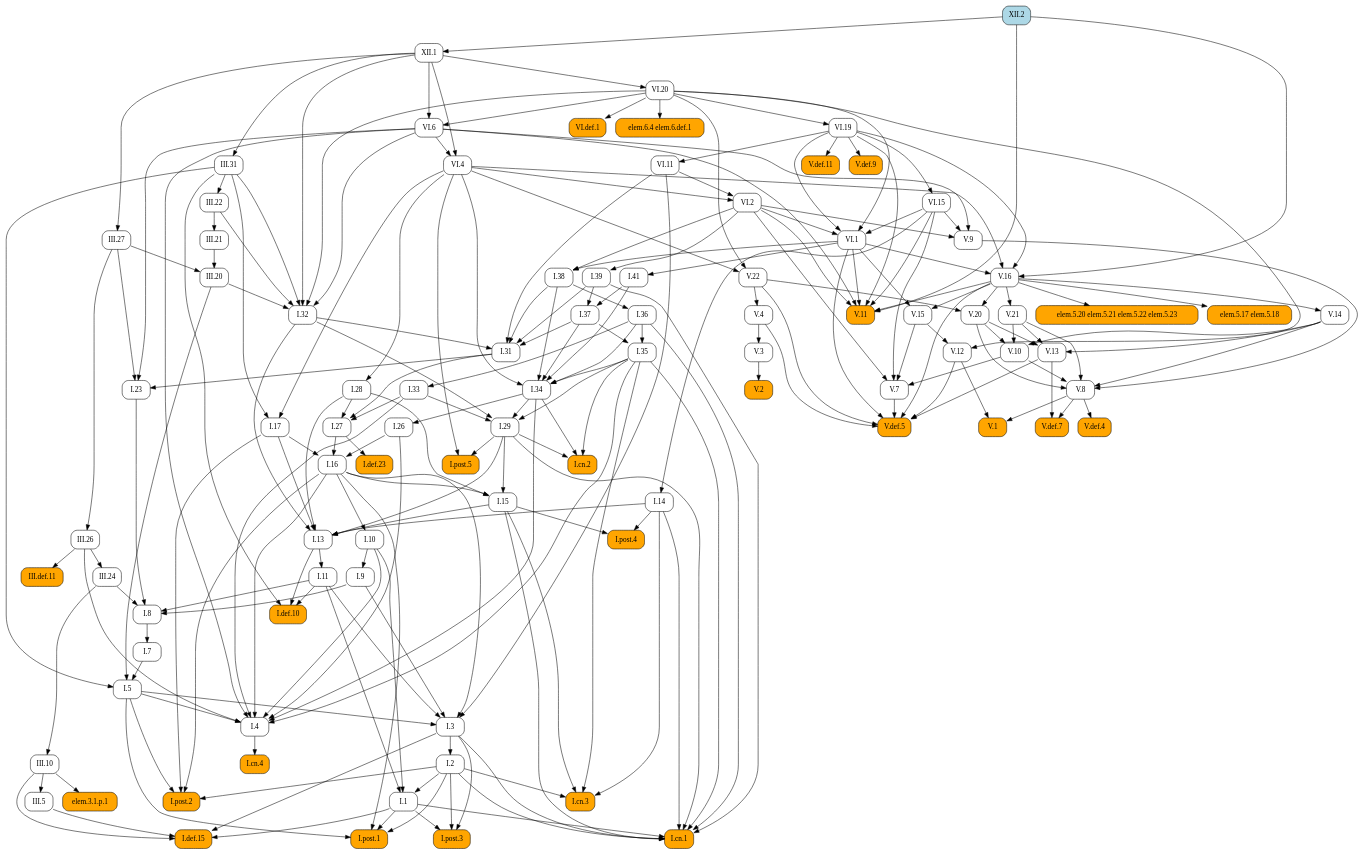
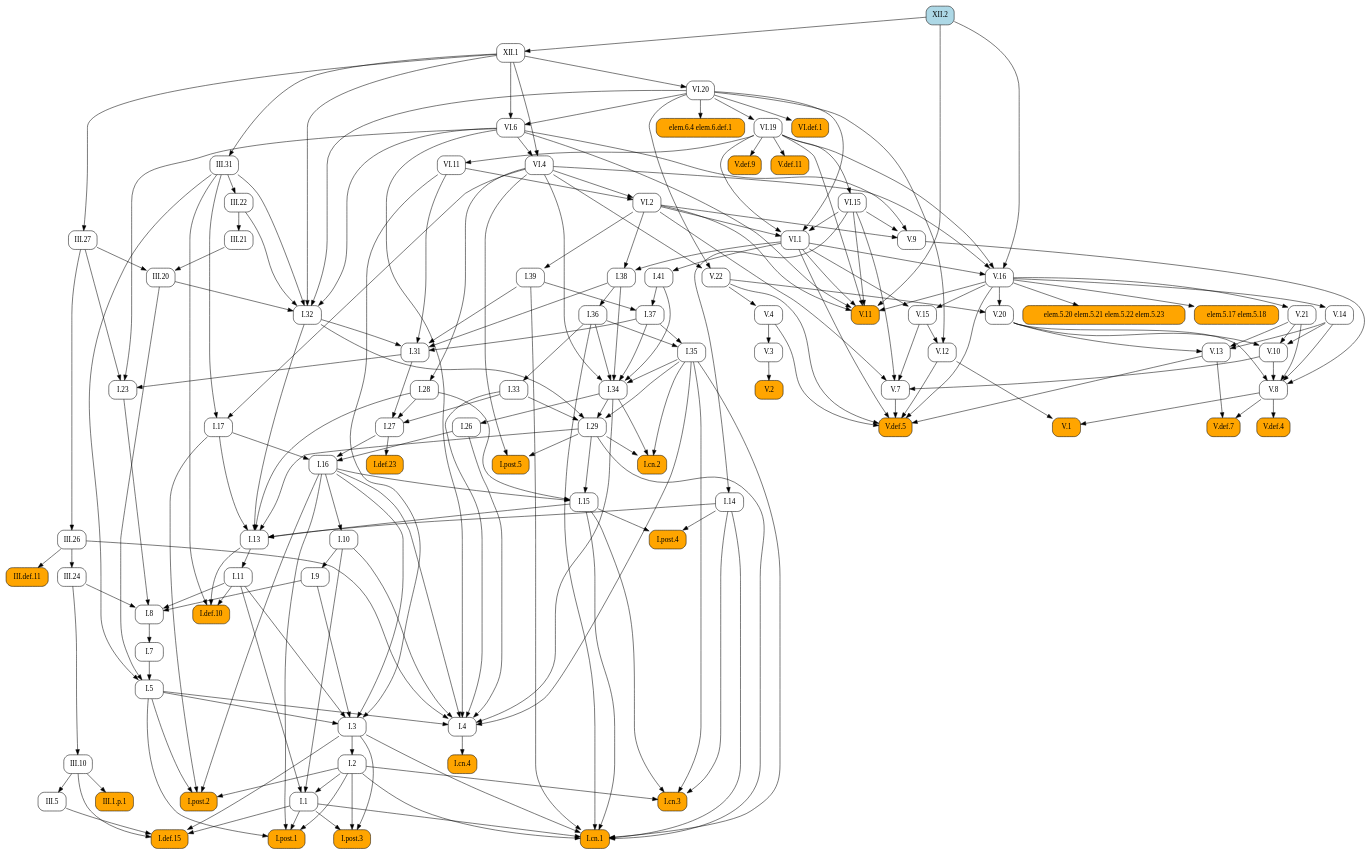
One commit to geometor/elements changed the diagram in docsrc/heath/XII/2/index.rst. Above: the diagram before and after it, drawn with Graphviz. The commit also changed other lines of this file and 484 other files, not shown here.

```diff
--- a/docsrc/heath/XII/2/index.rst
+++ b/docsrc/heath/XII/2/index.rst
@@ -83,105 +83,233 @@
    digraph {
      rankdir="TB";
      node [shape=box, style=rounded];
+     "I.23" [URL="/heath/I/23/", target="_top"];
+     "I.9" [URL="/heath/I/9/", target="_top"];
+     "III.24" [URL="/heath/III/24/", target="_top"];
+     "VI.def.1" [style="rounded,filled", fillcolor=orange, URL="/heath/VI/def.1/", target="_top"];
+     "V.13" [URL="/heath/V/13/", target="_top"];
+     "I.def.15" [style="rounded,filled", fillcolor=orange, URL="/heath/I/def.15/", target="_top"];
+     "V.7" [URL="/heath/V/7/", target="_top"];
+     "elem.5.17 elem.5.18" [style="rounded,filled", fillcolor=orange];
+     "I.post.1" [style="rounded,filled", fillcolor=orange, URL="/heath/I/post.1/", target="_top"];
+     "V.14" [URL="/heath/V/14/", target="_top"];
+     "III.20" [URL="/heath/III/20/", target="_top"];
+     "V.9" [URL="/heath/V/9/", target="_top"];
+     "VI.20" [URL="/heath/VI/20/", target="_top"];
+     "XII.2" [style="rounded,filled", fillcolor=lightblue, URL="/heath/XII/2/", target="_top"];
+     "I.31" [URL="/heath/I/31/", target="_top"];
+     "III.22" [URL="/heath/III/22/", target="_top"];
+     "V.10" [URL="/heath/V/10/", target="_top"];
      "I.def.10" [style="rounded,filled", fillcolor=orange, URL="/heath/I/def.10/", target="_top"];
+     "V.4" [URL="/heath/V/4/", target="_top"];
+     "VI.1" [URL="/heath/VI/1/", target="_top"];
+     "I.39" [URL="/heath/I/39/", target="_top"];
+     "I.14" [URL="/heath/I/14/", target="_top"];
+     "V.11" [style="rounded,filled", fillcolor=orange, URL="/heath/V/11/", target="_top"];
+     "I.34" [URL="/heath/I/34/", target="_top"];
+     "I.3" [URL="/heath/I/3/", target="_top"];
+     "V.def.4" [style="rounded,filled", fillcolor=orange, URL="/heath/V/def.4/", target="_top"];
+     "V.def.7" [style="rounded,filled", fillcolor=orange, URL="/heath/V/def.7/", target="_top"];
+     "V.21" [URL="/heath/V/21/", target="_top"];
+     "I.2" [URL="/heath/I/2/", target="_top"];
+     "V.3" [URL="/heath/V/3/", target="_top"];
+     "I.13" [URL="/heath/I/13/", target="_top"];
+     "I.post.4" [style="rounded,filled", fillcolor=orange, URL="/heath/I/post.4/", target="_top"];
+     "I.4" [URL="/heath/I/4/", target="_top"];
+     "I.1" [URL="/heath/I/1/", target="_top"];
+     "I.8" [URL="/heath/I/8/", target="_top"];
+     "I.17" [URL="/heath/I/17/", target="_top"];
+     "I.29" [URL="/heath/I/29/", target="_top"];
+     "V.8" [URL="/heath/V/8/", target="_top"];
+     "XII.1" [URL="/heath/XII/1/", target="_top"];
+     "I.38" [URL="/heath/I/38/", target="_top"];
+     "I.15" [URL="/heath/I/15/", target="_top"];
+     "I.10" [URL="/heath/I/10/", target="_top"];
      "I.11" [URL="/heath/I/11/", target="_top"];
-     "I.post.4" [style="rounded,filled", fillcolor=orange, URL="/heath/I/post.4/", target="_top"];
-     "I.28" [URL="/heath/I/28/", target="_top"];
-     "I.1" [URL="/heath/I/1/", target="_top"];
-     "V.def.5" [style="rounded,filled", fillcolor=orange, URL="/heath/V/def.5/", target="_top"];
-     "III.20" [URL="/heath/III/20/", target="_top"];
-     "III.31" [URL="/heath/III/31/", target="_top"];
-     "V.13" [URL="/heath/V/13/", target="_top"];
-     "V.11" [style="rounded,filled", fillcolor=orange, URL="/heath/V/11/", target="_top"];
-     "VI.6" [URL="/heath/VI/6/", target="_top"];
+     "I.def.23" [style="rounded,filled", fillcolor=orange, URL="/heath/I/def.23/", target="_top"];
+     "V.def.9" [style="rounded,filled", fillcolor=orange, URL="/heath/V/def.9/", target="_top"];
+     "V.def.11" [style="rounded,filled", fillcolor=orange, URL="/heath/V/def.11/", target="_top"];
+     "VI.4" [URL="/heath/VI/4/", target="_top"];
+     "I.26" [URL="/heath/I/26/", target="_top"];
+     "elem.6.4 elem.6.def.1" [style="rounded,filled", fillcolor=orange];
+     "V.16" [URL="/heath/V/16/", target="_top"];
+     "VI.15" [URL="/heath/VI/15/", target="_top"];
+     "I.33" [URL="/heath/I/33/", target="_top"];
+     "I.32" [URL="/heath/I/32/", target="_top"];
      "III.def.11" [style="rounded,filled", fillcolor=orange, URL="/heath/III/def.11/", target="_top"];
      "I.post.3" [style="rounded,filled", fillcolor=orange, URL="/heath/I/post.3/", target="_top"];
-     "VI.1" [URL="/heath/VI/1/", target="_top"];
+     "V.def.5" [style="rounded,filled", fillcolor=orange, URL="/heath/V/def.5/", target="_top"];
+     "VI.19" [URL="/heath/VI/19/", target="_top"];
+     "III.10" [URL="/heath/III/10/", target="_top"];
+     "V.20" [URL="/heath/V/20/", target="_top"];
+     "I.27" [URL="/heath/I/27/", target="_top"];
+     "V.12" [URL="/heath/V/12/", target="_top"];
+     "III.5" [URL="/heath/III/5/", target="_top"];
+     "I.35" [URL="/heath/I/35/", target="_top"];
+     "I.cn.1" [style="rounded,filled", fillcolor=orange, URL="/heath/I/cn.1/", target="_top"];
+     "V.2" [style="rounded,filled", fillcolor=orange, URL="/heath/V/2/", target="_top"];
+     "VI.6" [URL="/heath/VI/6/", target="_top"];
+     "I.7" [URL="/heath/I/7/", target="_top"];
+     "III.27" [URL="/heath/III/27/", target="_top"];
+     "III.26" [URL="/heath/III/26/", target="_top"];
+     "I.36" [URL="/heath/I/36/", target="_top"];
+     "I.5" [URL="/heath/I/5/", target="_top"];
+     "I.37" [URL="/heath/I/37/", target="_top"];
      "I.cn.3" [style="rounded,filled", fillcolor=orange, URL="/heath/I/cn.3/", target="_top"];
-     "I.14" [URL="/heath/I/14/", target="_top"];
-     "V.16" [URL="/heath/V/16/", target="_top"];
-     "VI.11" [URL="/heath/VI/11/", target="_top"];
-     "VI.4" [URL="/heath/VI/4/", target="_top"];
-     "V.3" [URL="/heath/V/3/", target="_top"];
-     "I.36" [URL="/heath/I/36/", target="_top"];
-     "V.8" [URL="/heath/V/8/", target="_top"];
-     "I.27" [URL="/heath/I/27/", target="_top"];
-     "I.41" [URL="/heath/I/41/", target="_top"];
-     "I.37" [URL="/heath/I/37/", target="_top"];
-     "I.34" [URL="/heath/I/34/", target="_top"];
-     "I.2" [URL="/heath/I/2/", target="_top"];
-     "I.def.23" [style="rounded,filled", fillcolor=orange, URL="/heath/I/def.23/", target="_top"];
-     "I.17" [URL="/heath/I/17/", target="_top"];
-     "I.33" [URL="/heath/I/33/", target="_top"];
-     "I.post.2" [style="rounded,filled", fillcolor=orange, URL="/heath/I/post.2/", target="_top"];
-     "VI.def.1" [style="rounded,filled", fillcolor=orange, URL="/heath/VI/def.1/", target="_top"];
-     "elem.5.20 elem.5.21 elem.5.22 elem.5.23" [style="rounded,filled", fillcolor=orange];
-     "I.9" [URL="/heath/I/9/", target="_top"];
-     "I.32" [URL="/heath/I/32/", target="_top"];
-     "V.def.4" [style="rounded,filled", fillcolor=orange, URL="/heath/V/def.4/", target="_top"];
-     "I.cn.4" [style="rounded,filled", fillcolor=orange, URL="/heath/I/cn.4/", target="_top"];
-     "I.15" [URL="/heath/I/15/", target="_top"];
-     "III.22" [URL="/heath/III/22/", target="_top"];
-     "I.38" [URL="/heath/I/38/", target="_top"];
-     "V.def.7" [style="rounded,filled", fillcolor=orange, URL="/heath/V/def.7/", target="_top"];
-     "I.5" [URL="/heath/I/5/", target="_top"];
-     "V.21" [URL="/heath/V/21/", target="_top"];
-     "III.5" [URL="/heath/III/5/", target="_top"];
-     "elem.6.4 elem.6.def.1" [style="rounded,filled", fillcolor=orange];
-     "I.39" [URL="/heath/I/39/", target="_top"];
-     "V.def.11" [style="rounded,filled", fillcolor=orange, URL="/heath/V/def.11/", target="_top"];
-     "I.26" [URL="/heath/I/26/", target="_top"];
-     "III.26" [URL="/heath/III/26/", target="_top"];
-     "V.14" [URL="/heath/V/14/", target="_top"];
-     "I.29" [URL="/heath/I/29/", target="_top"];
-     "elem.3.1.p.1" [style="rounded,filled", fillcolor=orange];
-     "V.12" [URL="/heath/V/12/", target="_top"];
+     "I.16" [URL="/heath/I/16/", target="_top"];
+     "III.31" [URL="/heath/III/31/", target="_top"];
+     "V.1" [style="rounded,filled", fillcolor=orange, URL="/heath/V/1/", target="_top"];
+     "III.1.p.1" [style="rounded,filled", fillcolor=orange];
      "V.22" [URL="/heath/V/22/", target="_top"];
      "I.cn.2" [style="rounded,filled", fillcolor=orange, URL="/heath/I/cn.2/", target="_top"];
-     "V.20" [URL="/heath/V/20/", target="_top"];
-     "V.10" [URL="/heath/V/10/", target="_top"];
+     "I.post.5" [style="rounded,filled", fillcolor=orange, URL="/heath/I/post.5/", target="_top"];
+     "I.28" [URL="/heath/I/28/", target="_top"];
      "VI.2" [URL="/heath/VI/2/", target="_top"];
-     "I.def.15" [style="rounded,filled", fillcolor=orange, URL="/heath/I/def.15/", target="_top"];
-     "XII.1" [URL="/heath/XII/1/", target="_top"];
+     "III.21" [URL="/heath/III/21/", target="_top"];
      "V.15" [URL="/heath/V/15/", target="_top"];
-     "I.cn.1" [style="rounded,filled", fillcolor=orange, URL="/heath/I/cn.1/", target="_top"];
-     "V.7" [URL="/heath/V/7/", target="_top"];
-     "V.9" [URL="/heath/V/9/", target="_top"];
-     "I.23" [URL="/heath/I/23/", target="_top"];
-     "I.post.1" [style="rounded,filled", fillcolor=orange, URL="/heath/I/post.1/", target="_top"];
-     "III.24" [URL="/heath/III/24/", target="_top"];
-     "I.35" [URL="/heath/I/35/", target="_top"];
-     "V.def.9" [style="rounded,filled", fillcolor=orange, URL="/heath/V/def.9/", target="_top"];
-     "I.7" [URL="/heath/I/7/", target="_top"];
-     "I.3" [URL="/heath/I/3/", target="_top"];
-     "I.4" [URL="/heath/I/4/", target="_top"];
-     "I.13" [URL="/heath/I/13/", target="_top"];
-     "V.4" [URL="/heath/V/4/", target="_top"];
-     "VI.20" [URL="/heath/VI/20/", target="_top"];
-     "I.31" [URL="/heath/I/31/", target="_top"];
-     "V.1" [style="rounded,filled", fillcolor=orange, URL="/heath/V/1/", target="_top"];
-     "I.16" [URL="/heath/I/16/", target="_top"];
-     "XII.2" [style="rounded,filled", fillcolor=lightblue, URL="/heath/XII/2/", target="_top"];
-     "III.10" [URL="/heath/III/10/", target="_top"];
-     "elem.5.17 elem.5.18" [style="rounded,filled", fillcolor=orange];
-     "III.27" [URL="/heath/III/27/", target="_top"];
-     "VI.15" [URL="/heath/VI/15/", target="_top"];
-     "I.8" [URL="/heath/I/8/", target="_top"];
-     "V.2" [style="rounded,filled", fillcolor=orange, URL="/heath/V/2/", target="_top"];
-     "III.21" [URL="/heath/III/21/", target="_top"];
-     "I.post.5" [style="rounded,filled", fillcolor=orange, URL="/heath/I/post.5/", target="_top"];
-     "VI.19" [URL="/heath/VI/19/", target="_top"];
-     "I.10" [URL="/heath/I/10/", target="_top"];
+     "I.post.2" [style="rounded,filled", fillcolor=orange, URL="/heath/I/post.2/", target="_top"];
+     "I.41" [URL="/heath/I/41/", target="_top"];
+     "I.cn.4" [style="rounded,filled", fillcolor=orange, URL="/heath/I/cn.4/", target="_top"];
+     "VI.11" [URL="/heath/VI/11/", target="_top"];
+     "elem.5.20 elem.5.21 elem.5.22 elem.5.23" [style="rounded,filled", fillcolor=orange];
+     "I.31" -> "I.23";
+     "III.27" -> "I.23";
+     "VI.6" -> "I.23";
+     "I.10" -> "I.9";
+     "III.26" -> "III.24";
+     "VI.20" -> "VI.def.1";
+     "V.14" -> "V.13";
+     "V.20" -> "V.13";
+     "V.21" -> "V.13";
+     "I.1" -> "I.def.15";
+     "I.3" -> "I.def.15";
+     "III.5" -> "I.def.15";
+     "III.10" -> "I.def.15";
+     "V.10" -> "V.7";
+     "V.15" -> "V.7";
+     "VI.2" -> "V.7";
+     "VI.15" -> "V.7";
+     "V.16" -> "elem.5.17 elem.5.18";
+     "I.1" -> "I.post.1";
+     "I.2" -> "I.post.1";
+     "I.5" -> "I.post.1";
+     "I.16" -> "I.post.1";
+     "V.16" -> "V.14";
+     "III.21" -> "III.20";
+     "III.27" -> "III.20";
+     "VI.2" -> "V.9";
+     "VI.6" -> "V.9";
+     "VI.15" -> "V.9";
+     "XII.1" -> "VI.20";
+     "I.32" -> "I.31";
+     "I.37" -> "I.31";
+     "I.38" -> "I.31";
+     "I.39" -> "I.31";
+     "VI.11" -> "I.31";
+     "III.31" -> "III.22";
+     "V.14" -> "V.10";
+     "V.20" -> "V.10";
+     "V.21" -> "V.10";
      "I.11" -> "I.def.10";
      "I.13" -> "I.def.10";
      "III.31" -> "I.def.10";
-     "I.13" -> "I.11";
+     "V.22" -> "V.4";
+     "VI.2" -> "VI.1";
+     "VI.15" -> "VI.1";
+     "VI.19" -> "VI.1";
+     "VI.20" -> "VI.1";
+     "VI.2" -> "I.39";
+     "VI.15" -> "I.14";
+     "V.16" -> "V.11";
+     "VI.1" -> "V.11";
+     "VI.2" -> "V.11";
+     "VI.6" -> "V.11";
+     "VI.15" -> "V.11";
+     "VI.19" -> "V.11";
+     "XII.2" -> "V.11";
+     "I.35" -> "I.34";
+     "I.36" -> "I.34";
+     "I.37" -> "I.34";
+     "I.38" -> "I.34";
+     "I.41" -> "I.34";
+     "VI.4" -> "I.34";
+     "I.5" -> "I.3";
+     "I.9" -> "I.3";
+     "I.11" -> "I.3";
+     "I.16" -> "I.3";
+     "VI.11" -> "I.3";
+     "V.8" -> "V.def.4";
+     "V.8" -> "V.def.7";
+     "V.13" -> "V.def.7";
+     "V.16" -> "V.21";
+     "I.3" -> "I.2";
+     "V.4" -> "V.3";
+     "I.14" -> "I.13";
+     "I.15" -> "I.13";
+     "I.17" -> "I.13";
+     "I.28" -> "I.13";
+     "I.29" -> "I.13";
+     "I.32" -> "I.13";
      "I.14" -> "I.post.4";
      "I.15" -> "I.post.4";
-     "VI.4" -> "I.28";
+     "I.5" -> "I.4";
+     "I.10" -> "I.4";
+     "I.16" -> "I.4";
+     "I.26" -> "I.4";
+     "I.33" -> "I.4";
+     "I.34" -> "I.4";
+     "I.35" -> "I.4";
+     "III.26" -> "I.4";
+     "VI.6" -> "I.4";
      "I.2" -> "I.1";
      "I.10" -> "I.1";
      "I.11" -> "I.1";
+     "I.9" -> "I.8";
+     "I.11" -> "I.8";
+     "I.23" -> "I.8";
+     "III.24" -> "I.8";
+     "III.31" -> "I.17";
+     "VI.4" -> "I.17";
+     "I.32" -> "I.29";
+     "I.33" -> "I.29";
+     "I.34" -> "I.29";
+     "I.35" -> "I.29";
+     "V.9" -> "V.8";
+     "V.10" -> "V.8";
+     "V.14" -> "V.8";
+     "V.20" -> "V.8";
+     "V.21" -> "V.8";
+     "XII.2" -> "XII.1";
+     "VI.1" -> "I.38";
+     "VI.2" -> "I.38";
+     "I.16" -> "I.15";
+     "I.28" -> "I.15";
+     "I.29" -> "I.15";
+     "I.16" -> "I.10";
+     "I.13" -> "I.11";
+     "I.27" -> "I.def.23";
+     "VI.19" -> "V.def.9";
+     "VI.19" -> "V.def.11";
+     "VI.6" -> "VI.4";
+     "XII.1" -> "VI.4";
+     "I.34" -> "I.26";
+     "VI.20" -> "elem.6.4 elem.6.def.1";
+     "VI.1" -> "V.16";
+     "VI.4" -> "V.16";
+     "VI.19" -> "V.16";
+     "XII.2" -> "V.16";
+     "VI.19" -> "VI.15";
+     "I.36" -> "I.33";
+     "III.20" -> "I.32";
+     "III.22" -> "I.32";
+     "III.31" -> "I.32";
+     "VI.6" -> "I.32";
+     "VI.20" -> "I.32";
+     "XII.1" -> "I.32";
+     "III.26" -> "III.def.11";
+     "I.1" -> "I.post.3";
+     "I.2" -> "I.post.3";
+     "I.3" -> "I.post.3";
      "V.4" -> "V.def.5";
      "V.7" -> "V.def.5";
      "V.12" -> "V.def.5";
@@ -189,125 +317,18 @@
      "V.16" -> "V.def.5";
      "V.22" -> "V.def.5";
      "VI.1" -> "V.def.5";
-     "III.21" -> "III.20";
-     "III.27" -> "III.20";
-     "XII.1" -> "III.31";
-     "V.14" -> "V.13";
-     "V.20" -> "V.13";
-     "V.21" -> "V.13";
-     "V.16" -> "V.11";
-     "VI.1" -> "V.11";
-     "VI.2" -> "V.11";
-     "VI.6" -> "V.11";
-     "VI.15" -> "V.11";
-     "VI.19" -> "V.11";
-     "XII.2" -> "V.11";
-     "VI.20" -> "VI.6";
-     "XII.1" -> "VI.6";
-     "III.26" -> "III.def.11";
-     "I.1" -> "I.post.3";
-     "I.2" -> "I.post.3";
-     "I.3" -> "I.post.3";
-     "VI.2" -> "VI.1";
-     "VI.15" -> "VI.1";
-     "VI.19" -> "VI.1";
-     "VI.20" -> "VI.1";
-     "I.2" -> "I.cn.3";
-     "I.14" -> "I.cn.3";
-     "I.15" -> "I.cn.3";
-     "I.35" -> "I.cn.3";
-     "VI.15" -> "I.14";
-     "VI.1" -> "V.16";
-     "VI.4" -> "V.16";
-     "VI.19" -> "V.16";
-     "XII.2" -> "V.16";
-     "VI.19" -> "VI.11";
-     "VI.6" -> "VI.4";
-     "XII.1" -> "VI.4";
-     "V.4" -> "V.3";
-     "I.38" -> "I.36";
-     "V.9" -> "V.8";
-     "V.10" -> "V.8";
-     "V.14" -> "V.8";
-     "V.20" -> "V.8";
-     "V.21" -> "V.8";
+     "VI.20" -> "VI.19";
+     "III.24" -> "III.10";
+     "V.16" -> "V.20";
+     "V.22" -> "V.20";
      "I.28" -> "I.27";
      "I.31" -> "I.27";
      "I.33" -> "I.27";
-     "VI.1" -> "I.41";
-     "I.39" -> "I.37";
-     "I.41" -> "I.37";
-     "I.35" -> "I.34";
-     "I.36" -> "I.34";
-     "I.37" -> "I.34";
-     "I.38" -> "I.34";
-     "I.41" -> "I.34";
-     "VI.4" -> "I.34";
-     "I.3" -> "I.2";
-     "I.27" -> "I.def.23";
-     "III.31" -> "I.17";
-     "VI.4" -> "I.17";
-     "I.36" -> "I.33";
-     "I.2" -> "I.post.2";
-     "I.5" -> "I.post.2";
-     "I.16" -> "I.post.2";
-     "I.17" -> "I.post.2";
-     "VI.20" -> "VI.def.1";
-     "V.16" -> "elem.5.20 elem.5.21 elem.5.22 elem.5.23";
-     "I.10" -> "I.9";
-     "III.20" -> "I.32";
-     "III.22" -> "I.32";
-     "III.31" -> "I.32";
-     "VI.6" -> "I.32";
-     "VI.20" -> "I.32";
-     "XII.1" -> "I.32";
-     "V.8" -> "V.def.4";
-     "I.4" -> "I.cn.4";
-     "I.16" -> "I.15";
-     "I.28" -> "I.15";
-     "I.29" -> "I.15";
-     "III.31" -> "III.22";
-     "VI.1" -> "I.38";
-     "VI.2" -> "I.38";
-     "V.8" -> "V.def.7";
-     "V.13" -> "V.def.7";
-     "I.7" -> "I.5";
-     "III.20" -> "I.5";
-     "III.31" -> "I.5";
-     "V.16" -> "V.21";
-     "III.10" -> "III.5";
-     "VI.20" -> "elem.6.4 elem.6.def.1";
-     "VI.2" -> "I.39";
-     "VI.19" -> "V.def.11";
-     "I.34" -> "I.26";
-     "III.27" -> "III.26";
-     "V.16" -> "V.14";
-     "I.32" -> "I.29";
-     "I.33" -> "I.29";
-     "I.34" -> "I.29";
-     "I.35" -> "I.29";
-     "III.10" -> "elem.3.1.p.1";
      "V.15" -> "V.12";
      "VI.20" -> "V.12";
-     "VI.4" -> "V.22";
-     "VI.20" -> "V.22";
-     "I.29" -> "I.cn.2";
-     "I.34" -> "I.cn.2";
-     "I.35" -> "I.cn.2";
-     "V.16" -> "V.20";
-     "V.22" -> "V.20";
-     "V.14" -> "V.10";
-     "V.20" -> "V.10";
-     "V.21" -> "V.10";
-     "VI.4" -> "VI.2";
-     "VI.11" -> "VI.2";
-     "I.1" -> "I.def.15";
-     "I.3" -> "I.def.15";
-     "III.5" -> "I.def.15";
-     "III.10" -> "I.def.15";
-     "XII.2" -> "XII.1";
-     "V.16" -> "V.15";
-     "VI.1" -> "V.15";
+     "III.10" -> "III.5";
+     "I.36" -> "I.35";
+     "I.37" -> "I.35";
      "I.1" -> "I.cn.1";
      "I.2" -> "I.cn.1";
      "I.3" -> "I.cn.1";
@@ -317,69 +338,48 @@
      "I.35" -> "I.cn.1";
      "I.36" -> "I.cn.1";
      "I.39" -> "I.cn.1";
-     "V.10" -> "V.7";
-     "V.15" -> "V.7";
-     "VI.2" -> "V.7";
-     "VI.15" -> "V.7";
-     "VI.2" -> "V.9";
-     "VI.6" -> "V.9";
-     "VI.15" -> "V.9";
-     "I.31" -> "I.23";
-     "III.27" -> "I.23";
-     "VI.6" -> "I.23";
-     "I.1" -> "I.post.1";
-     "I.2" -> "I.post.1";
-     "I.5" -> "I.post.1";
-     "I.16" -> "I.post.1";
-     "III.26" -> "III.24";
-     "I.36" -> "I.35";
-     "I.37" -> "I.35";
-     "VI.19" -> "V.def.9";
+     "V.3" -> "V.2";
+     "VI.20" -> "VI.6";
+     "XII.1" -> "VI.6";
      "I.8" -> "I.7";
-     "I.5" -> "I.3";
-     "I.9" -> "I.3";
-     "I.11" -> "I.3";
-     "I.16" -> "I.3";
-     "VI.11" -> "I.3";
-     "I.5" -> "I.4";
-     "I.10" -> "I.4";
-     "I.16" -> "I.4";
-     "I.26" -> "I.4";
-     "I.33" -> "I.4";
-     "I.34" -> "I.4";
-     "I.35" -> "I.4";
-     "III.26" -> "I.4";
-     "VI.6" -> "I.4";
-     "I.14" -> "I.13";
-     "I.15" -> "I.13";
-     "I.17" -> "I.13";
-     "I.28" -> "I.13";
-     "I.29" -> "I.13";
-     "I.32" -> "I.13";
-     "V.22" -> "V.4";
-     "XII.1" -> "VI.20";
-     "I.32" -> "I.31";
-     "I.37" -> "I.31";
-     "I.38" -> "I.31";
-     "I.39" -> "I.31";
-     "VI.11" -> "I.31";
-     "V.8" -> "V.1";
-     "V.12" -> "V.1";
+     "XII.1" -> "III.27";
+     "III.27" -> "III.26";
+     "I.38" -> "I.36";
+     "I.7" -> "I.5";
+     "III.20" -> "I.5";
+     "III.31" -> "I.5";
+     "I.39" -> "I.37";
+     "I.41" -> "I.37";
+     "I.2" -> "I.cn.3";
+     "I.14" -> "I.cn.3";
+     "I.15" -> "I.cn.3";
+     "I.35" -> "I.cn.3";
      "I.17" -> "I.16";
      "I.26" -> "I.16";
      "I.27" -> "I.16";
-     "III.24" -> "III.10";
-     "V.16" -> "elem.5.17 elem.5.18";
-     "XII.1" -> "III.27";
-     "VI.19" -> "VI.15";
-     "I.9" -> "I.8";
-     "I.11" -> "I.8";
-     "I.23" -> "I.8";
-     "III.24" -> "I.8";
-     "V.3" -> "V.2";
-     "III.22" -> "III.21";
+     "XII.1" -> "III.31";
+     "V.8" -> "V.1";
+     "V.12" -> "V.1";
+     "III.10" -> "III.1.p.1";
+     "VI.4" -> "V.22";
+     "VI.20" -> "V.22";
+     "I.29" -> "I.cn.2";
+     "I.34" -> "I.cn.2";
+     "I.35" -> "I.cn.2";
      "I.29" -> "I.post.5";
      "VI.4" -> "I.post.5";
-     "VI.20" -> "VI.19";
-     "I.16" -> "I.10";
+     "VI.4" -> "I.28";
+     "VI.4" -> "VI.2";
+     "VI.11" -> "VI.2";
+     "III.22" -> "III.21";
+     "V.16" -> "V.15";
+     "VI.1" -> "V.15";
+     "I.2" -> "I.post.2";
+     "I.5" -> "I.post.2";
+     "I.16" -> "I.post.2";
+     "I.17" -> "I.post.2";
+     "VI.1" -> "I.41";
+     "I.4" -> "I.cn.4";
+     "VI.19" -> "VI.11";
+     "V.16" -> "elem.5.20 elem.5.21 elem.5.22 elem.5.23";
    }
```
